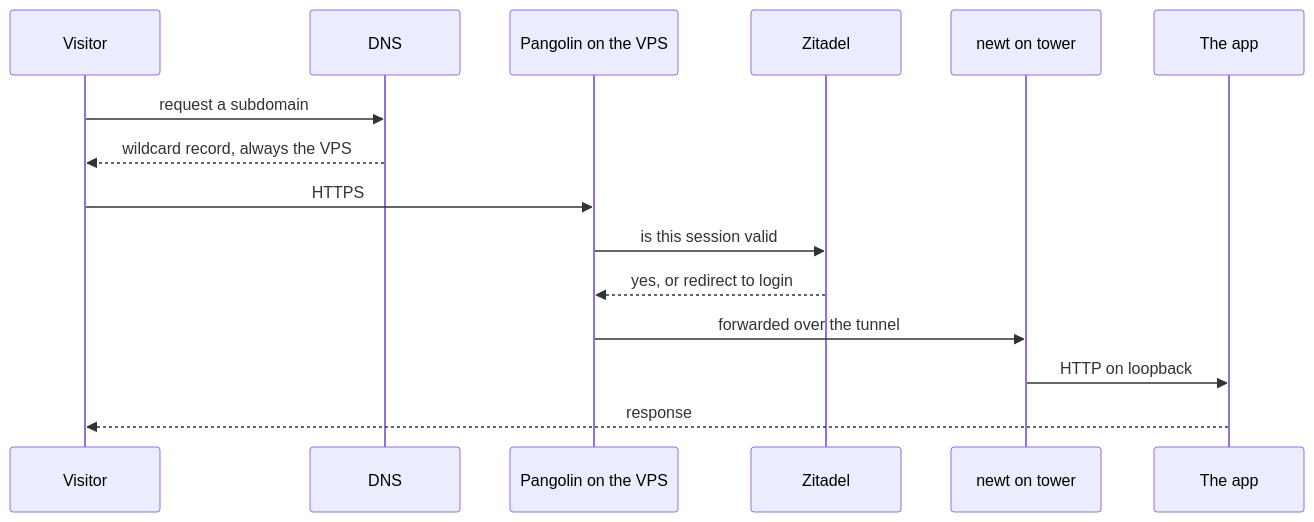
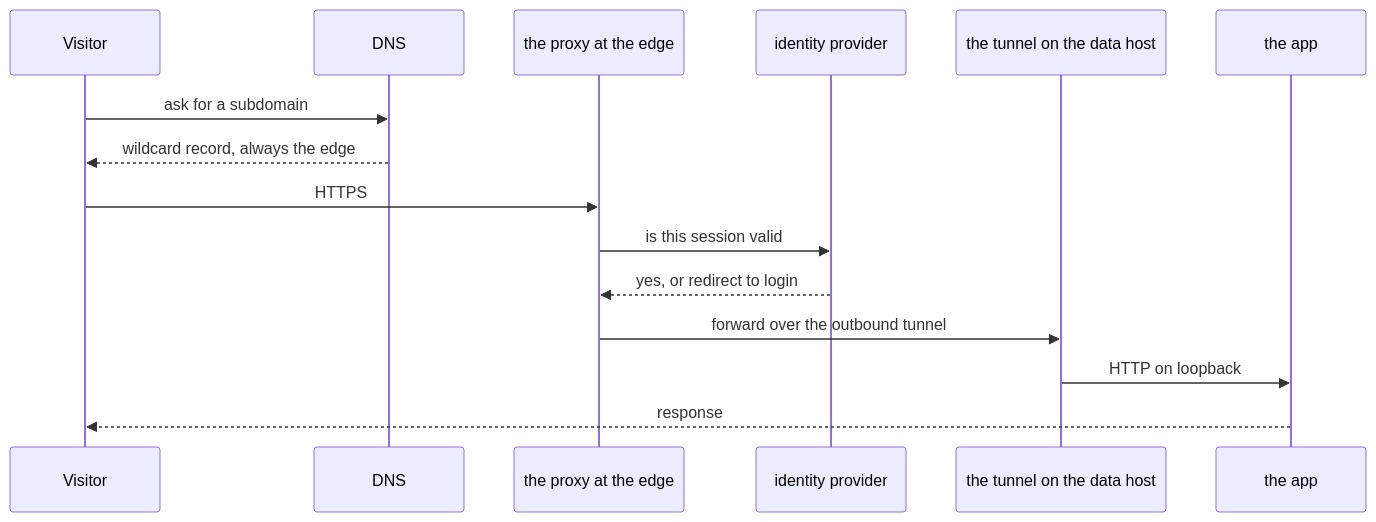
Before and after one commit to MarcPartensky/nixos: the third of 8 diagrams in README.md, drawn with Mermaid. The commit also changed other lines of this file, not shown here.

````diff
--- a/README.md
+++ b/README.md
@@ -96,17 +114,17 @@
 ```mermaid
 sequenceDiagram
   participant V as Visitor
   participant D as DNS
-  participant P as Pangolin on the VPS
-  participant Z as Zitadel
-  participant N as newt on tower
-  participant A as The app
-  V->>D: request a subdomain
-  D-->>V: wildcard record, always the VPS
+  participant P as the proxy at the edge
+  participant Z as identity provider
+  participant T as the tunnel on the data host
+  participant A as the app
+  V->>D: ask for a subdomain
+  D-->>V: wildcard record, always the edge
   V->>P: HTTPS
   P->>Z: is this session valid
   Z-->>P: yes, or redirect to login
-  P->>N: forwarded over the tunnel
-  N->>A: HTTP on loopback
+  P->>T: forward over the outbound tunnel
+  T->>A: HTTP on loopback
   A-->>V: response
 ```
````
